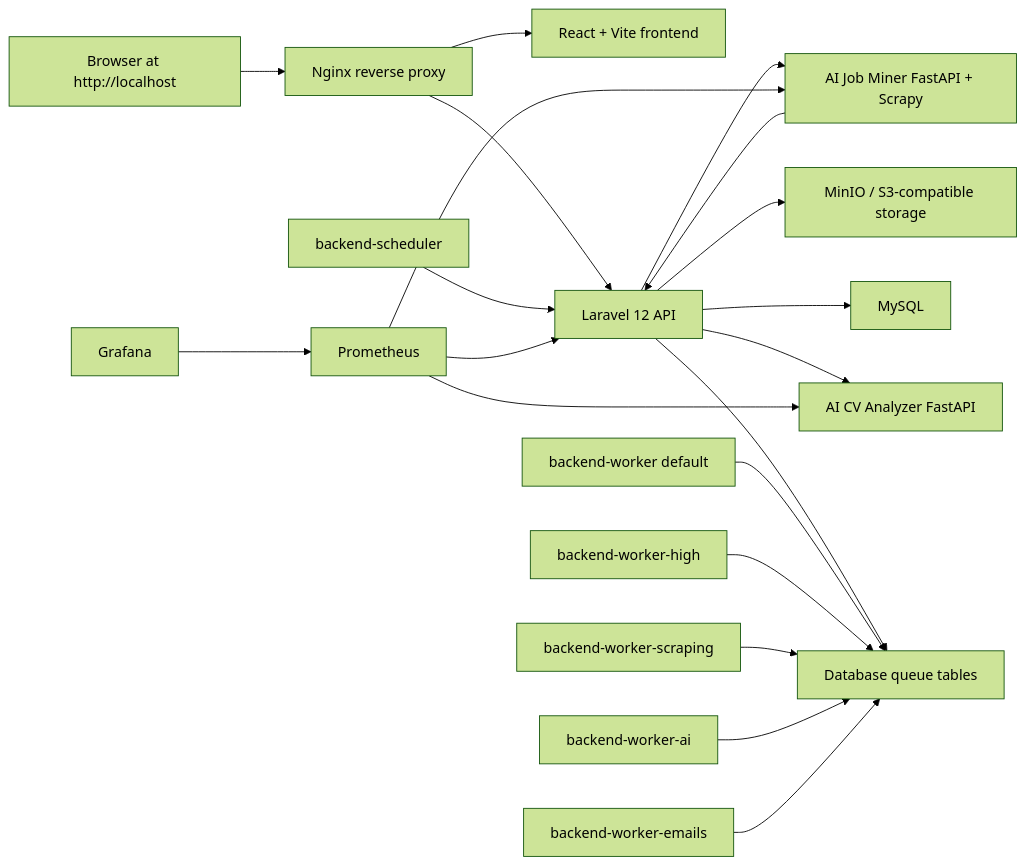
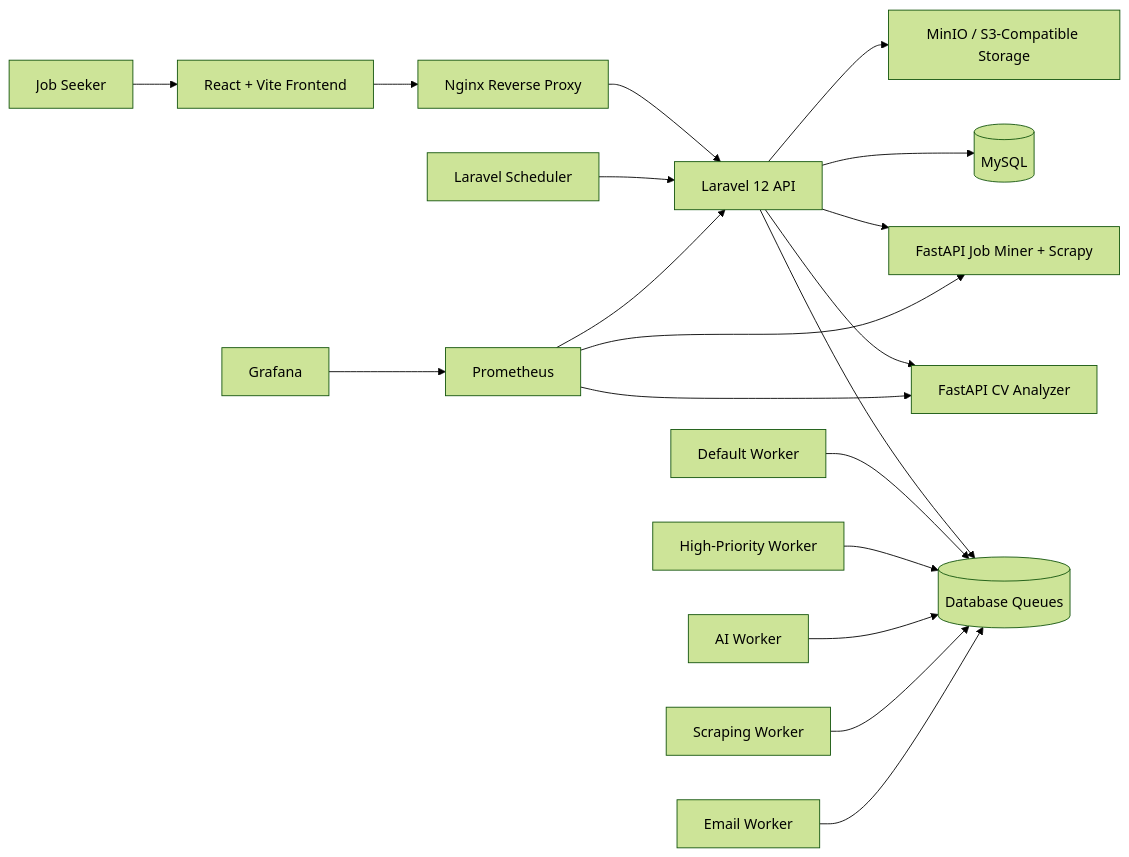
The diagram in README.md (YousefAlTohamy/CareerCompass), drawn with Mermaid (forest theme) before and after one commit. The commit also changed other lines of this file, not shown here.

````diff
--- a/README.md
+++ b/README.md
@@ -33,22 +83,24 @@
 ```mermaid
 flowchart LR
-  Browser["Browser at http://localhost"] --> Nginx["Nginx reverse proxy"]
-  Nginx --> Frontend["React + Vite frontend"]
-  Nginx --> Backend["Laravel 12 API"]
-  Backend --> MySQL["MySQL"]
-  Backend --> Storage["MinIO / S3-compatible storage"]
-  Backend --> Queue["Database queue tables"]
-  WorkerDefault["backend-worker default"] --> Queue
-  WorkerHigh["backend-worker-high"] --> Queue
-  WorkerScraping["backend-worker-scraping"] --> Queue
-  WorkerAI["backend-worker-ai"] --> Queue
-  WorkerEmails["backend-worker-emails"] --> Queue
-  Scheduler["backend-scheduler"] --> Backend
-  Backend --> Analyzer["AI CV Analyzer FastAPI"]
-  Backend --> Miner["AI Job Miner FastAPI + Scrapy"]
-  Miner --> Backend
-  Prometheus["Prometheus"] --> Backend
-  Prometheus --> Analyzer
-  Prometheus --> Miner
-  Grafana["Grafana"] --> Prometheus
+    User[Job Seeker] --> Web[React + Vite Frontend]
+    Web --> Nginx[Nginx Reverse Proxy]
+    Nginx --> API[Laravel 12 API]
+
+    API --> DB[(MySQL)]
+    API --> Storage[MinIO / S3-Compatible Storage]
+    API --> Queues[(Database Queues)]
+    API --> Analyzer[FastAPI CV Analyzer]
+    API --> Miner[FastAPI Job Miner + Scrapy]
+
+    WorkerDefault[Default Worker] --> Queues
+    WorkerHigh[High-Priority Worker] --> Queues
+    WorkerAI[AI Worker] --> Queues
+    WorkerScraping[Scraping Worker] --> Queues
+    WorkerEmails[Email Worker] --> Queues
+    Scheduler[Laravel Scheduler] --> API
+
+    Prometheus[Prometheus] --> API
+    Prometheus --> Analyzer
+    Prometheus --> Miner
+    Grafana[Grafana] --> Prometheus
 ```
````
